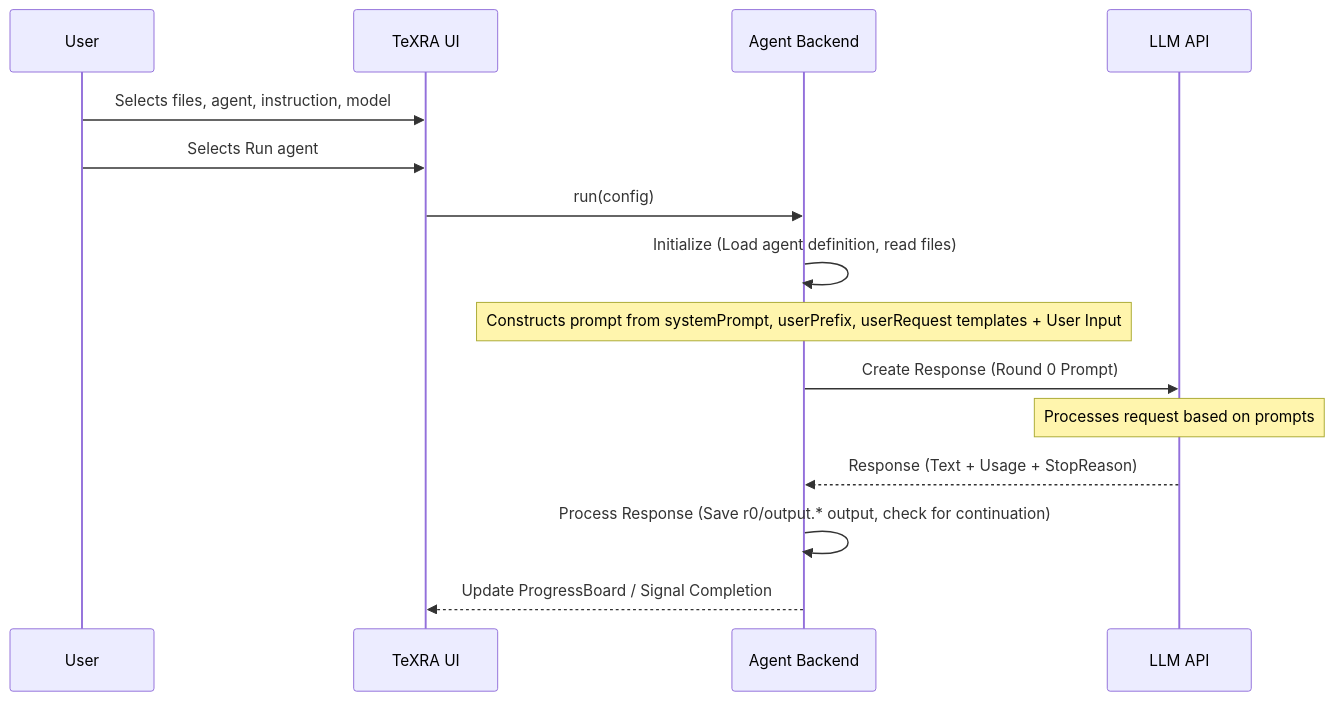
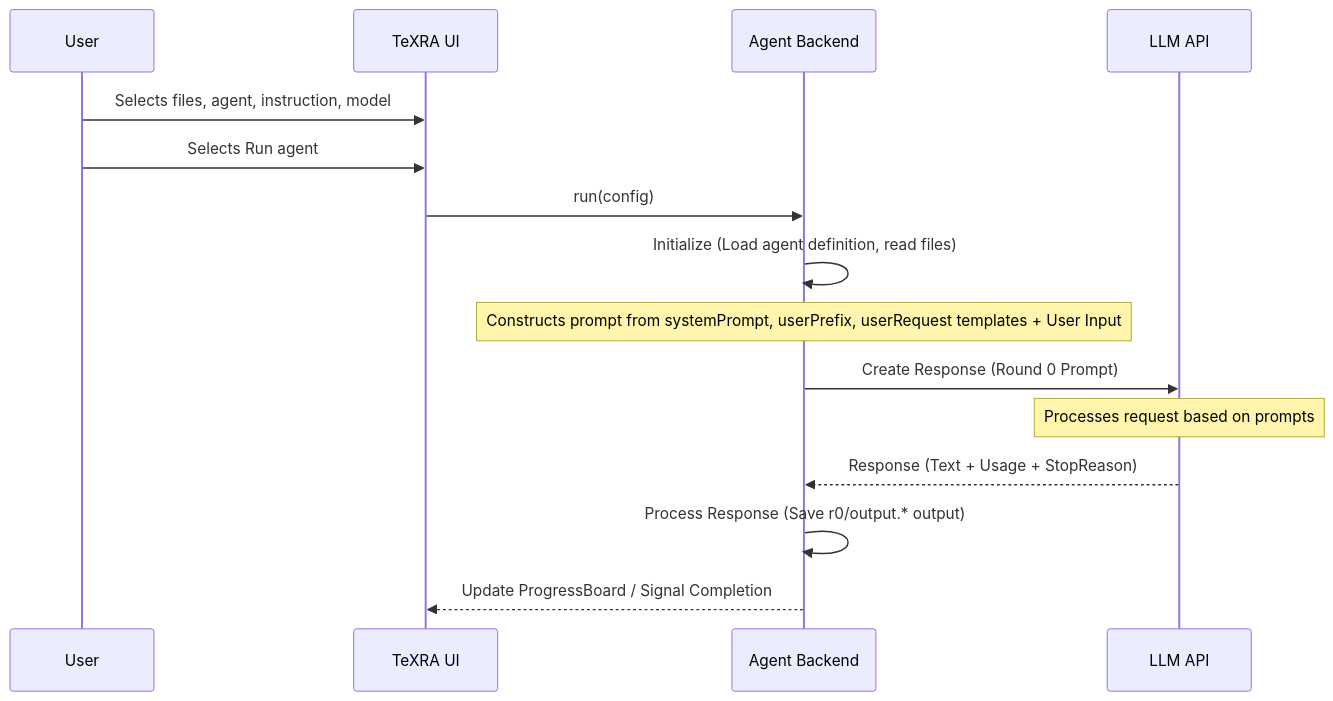
One commit to LionSR/TeXRA changed the diagram in docs/guide/agent-architecture.md. Above: the diagram before and after it, drawn with Mermaid. The commit also changed other lines of this file and 15 other files, not shown here.

````diff
--- a/docs/guide/agent-architecture.md
+++ b/docs/guide/agent-architecture.md
@@ -52,18 +52,18 @@
 ```mermaid
 sequenceDiagram
     participant User
     participant TeXRA UI
     participant Agent Backend
     participant LLM API
 
     User->>TeXRA UI: Selects files, agent, instruction, model
     User->>TeXRA UI: Selects Run agent
     TeXRA UI->>Agent Backend: run(config)
     Agent Backend->>Agent Backend: Initialize (Load agent definition, read files)
     Note over Agent Backend: Constructs prompt from systemPrompt, userPrefix, userRequest templates + User Input
     Agent Backend->>LLM API: Create Response (Round 0 Prompt)
     Note over LLM API: Processes request based on prompts
     LLM API-->>Agent Backend: Response (Text + Usage + StopReason)
-    Agent Backend->>Agent Backend: Process Response (Save r0/output.* output, check for continuation)
+    Agent Backend->>Agent Backend: Process Response (Save r0/output.* output)
     Agent Backend-->>TeXRA UI: Update ProgressBoard / Signal Completion
 ```
````
